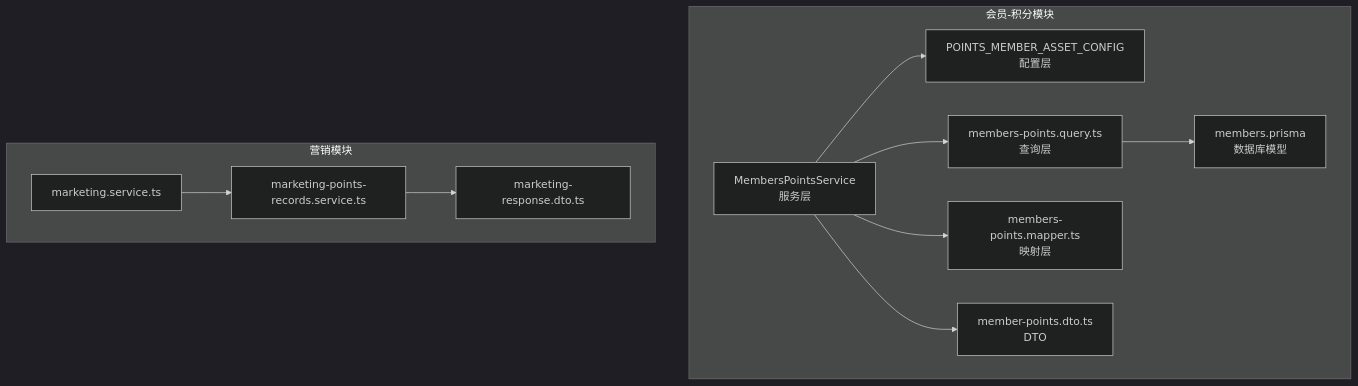
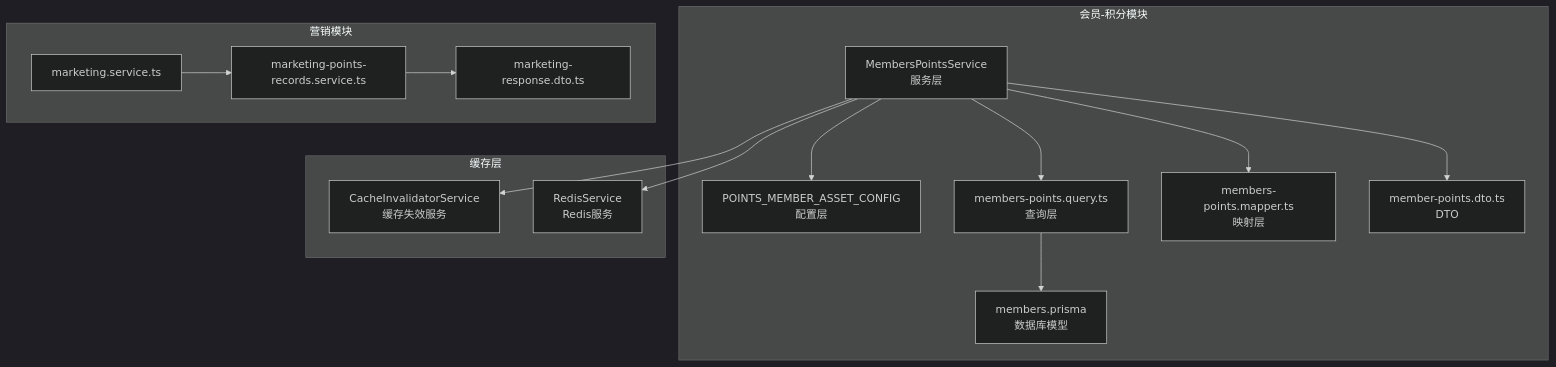
One commit to rc558620/purelyprofit-server changed the first of 5 diagrams in .qoder/repowiki/zh/content/业务模块/会员管理模块/会员积分管理.md. Above: the diagram before and after it, drawn with Mermaid (dark theme). The commit also changed other lines of this file and 19 other files, not shown here.

````diff
--- a/.qoder/repowiki/zh/content/业务模块/会员管理模块/会员积分管理.md
+++ b/.qoder/repowiki/zh/content/业务模块/会员管理模块/会员积分管理.md
@@ -40,23 +50,29 @@
 ```mermaid
 graph TB
 subgraph "会员-积分模块"
 Svc["MembersPointsService<br/>服务层"]
 Cfg["POINTS_MEMBER_ASSET_CONFIG<br/>配置层"]
 Qry["members-points.query.ts<br/>查询层"]
 Map["members-points.mapper.ts<br/>映射层"]
 Dto["member-points.dto.ts<br/>DTO"]
 Db["members.prisma<br/>数据库模型"]
 end
 subgraph "营销模块"
 MktSvc["marketing.service.ts"]
 MktRec["marketing-points-records.service.ts"]
 MktDto["marketing-response.dto.ts"]
 end
+subgraph "缓存层"
+Cache["CacheInvalidatorService<br/>缓存失效服务"]
+Redis["RedisService<br/>Redis服务"]
+end
 Svc --> Cfg
 Svc --> Qry
 Svc --> Map
 Svc --> Dto
+Svc --> Cache
+Svc --> Redis
 Qry --> Db
 MktSvc --> MktRec
 MktRec --> MktDto
 ```
````
